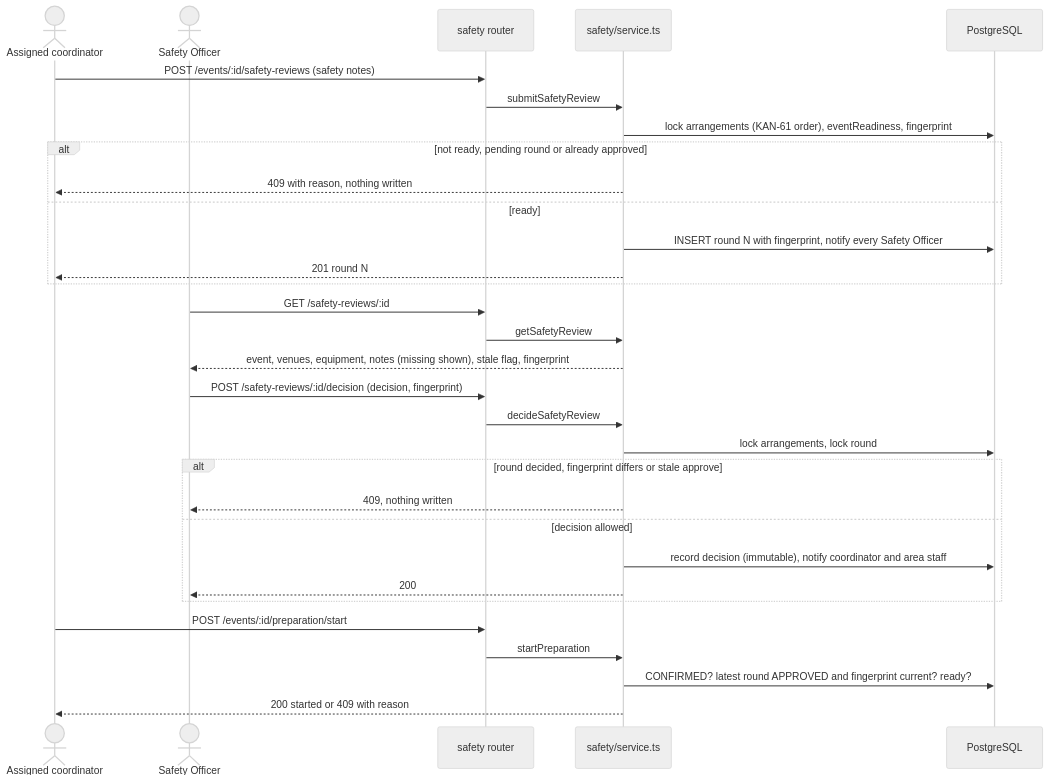
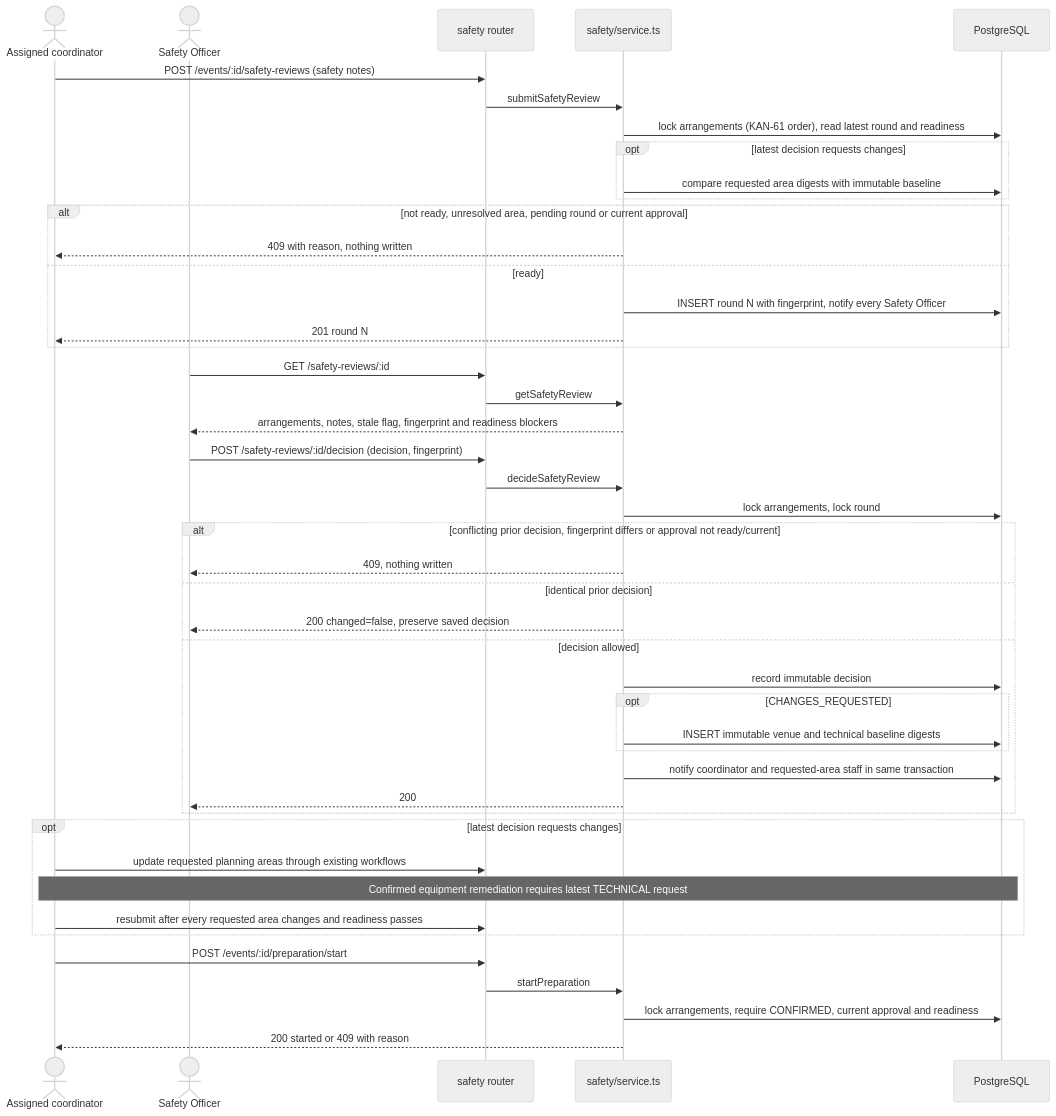
The seventh of 14 diagrams in docs/architecture/README.md (MochaLxtte/ConnectSphere), drawn with Mermaid (neutral theme) before and after one commit. The commit also changed other lines of this file and 24 other files, not shown here.

First line of the commit message:
docs(KAN-84): record review fixes, forward upgrade and verification

````diff
--- a/docs/architecture/README.md
+++ b/docs/architecture/README.md
@@ -391,33 +391,47 @@
 ```mermaid
 sequenceDiagram
   actor C as Assigned coordinator
   actor O as Safety Officer
   participant API as safety router
   participant S as safety/service.ts
   participant DB as PostgreSQL
   C->>API: POST /events/:id/safety-reviews (safety notes)
   API->>S: submitSafetyReview
-  S->>DB: lock arrangements (KAN-61 order), eventReadiness, fingerprint
-  alt not ready, pending round or already approved
+  S->>DB: lock arrangements (KAN-61 order), read latest round and readiness
+  opt latest decision requests changes
+    S->>DB: compare requested area digests with immutable baseline
+  end
+  alt not ready, unresolved area, pending round or current approval
     S-->>C: 409 with reason, nothing written
   else ready
     S->>DB: INSERT round N with fingerprint, notify every Safety Officer
     S-->>C: 201 round N
   end
   O->>API: GET /safety-reviews/:id
   API->>S: getSafetyReview
-  S-->>O: event, venues, equipment, notes (missing shown), stale flag, fingerprint
+  S-->>O: arrangements, notes, stale flag, fingerprint and readiness blockers
   O->>API: POST /safety-reviews/:id/decision (decision, fingerprint)
   API->>S: decideSafetyReview
   S->>DB: lock arrangements, lock round
-  alt round decided, fingerprint differs or stale approve
+  alt conflicting prior decision, fingerprint differs or approval not ready/current
     S-->>O: 409, nothing written
+  else identical prior decision
+    S-->>O: 200 changed=false, preserve saved decision
   else decision allowed
-    S->>DB: record decision (immutable), notify coordinator and area staff
+    S->>DB: record immutable decision
+    opt CHANGES_REQUESTED
+      S->>DB: INSERT immutable venue and technical baseline digests
+    end
+    S->>DB: notify coordinator and requested-area staff in same transaction
     S-->>O: 200
+  end
+  opt latest decision requests changes
+    C->>API: update requested planning areas through existing workflows
+    Note over C,DB: Confirmed equipment remediation requires latest TECHNICAL request
+    C->>API: resubmit after every requested area changes and readiness passes
   end
   C->>API: POST /events/:id/preparation/start
   API->>S: startPreparation
-  S->>DB: CONFIRMED? latest round APPROVED and fingerprint current? ready?
+  S->>DB: lock arrangements, require CONFIRMED, current approval and readiness
   S-->>C: 200 started or 409 with reason
 ```
````
